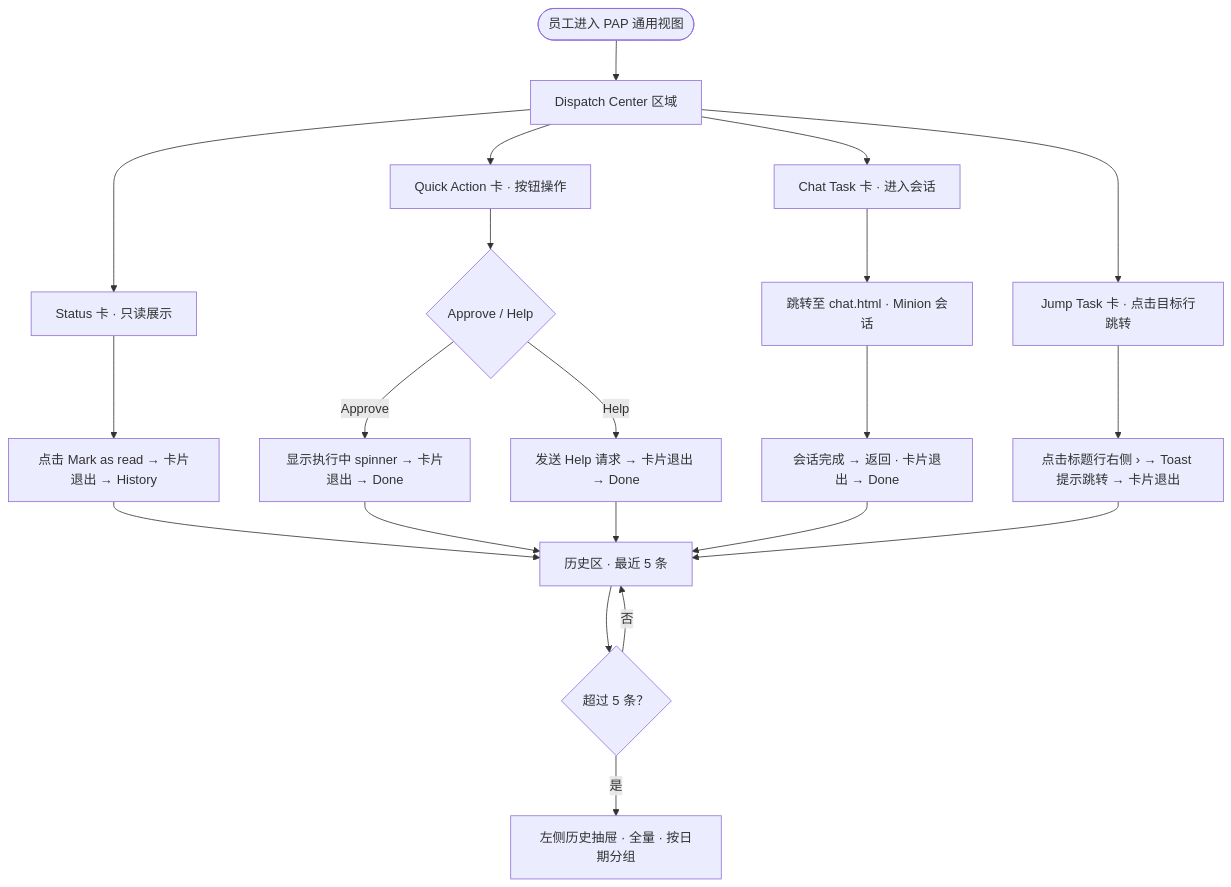
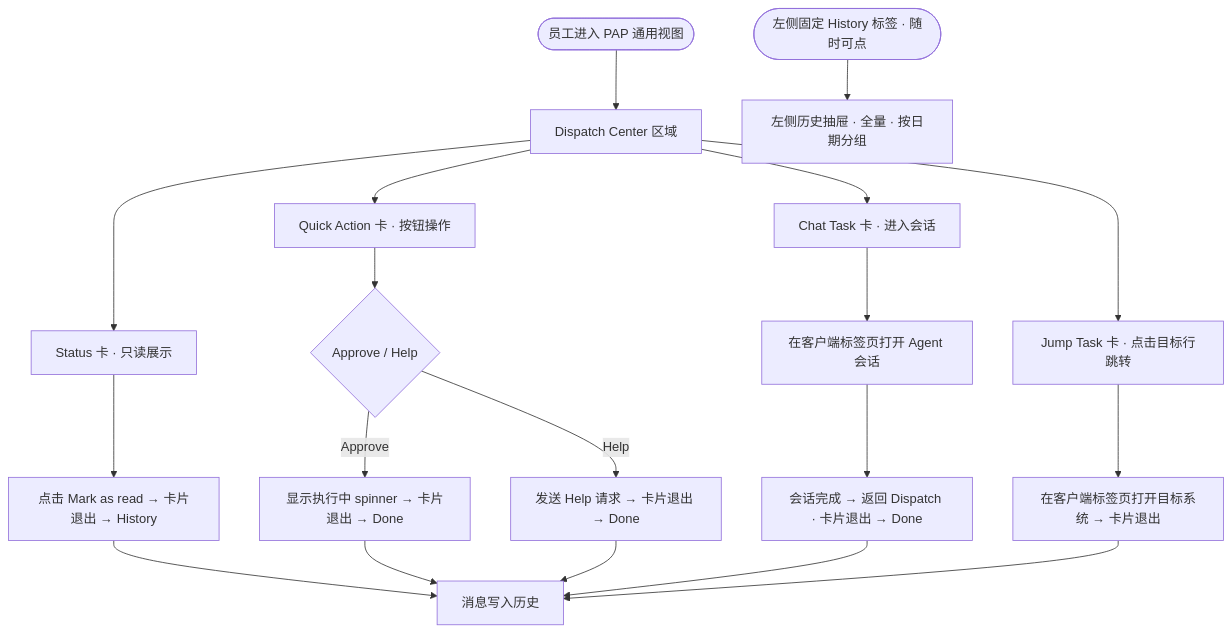
The first of 2 diagrams in D系统3.0相关文档（PAP）/D员工任务管理-Dispatch Center.md (PerfectKO-wb/Doraemon-prototype), drawn with Mermaid before and after one commit. The commit also changed other lines of this file and 25 other files, not shown here.

````diff
--- a/D系统3.0相关文档（PAP）/D员工任务管理-Dispatch Center.md
+++ b/D系统3.0相关文档（PAP）/D员工任务管理-Dispatch Center.md
@@ -43,25 +47,24 @@
 ```mermaid
 flowchart TD
     Enter([员工进入 PAP 通用视图]) --> DC[Dispatch Center 区域]
     DC --> TypeA[Status 卡 · 只读展示]
     DC --> TypeBQ[Quick Action 卡 · 按钮操作]
-    DC --> TypeBC[Chat Task 卡 · 进入会话]
-    DC --> TypeC[Jump Task 卡 · 点击目标行跳转]
+    DC --> TypeC[Chat Task 卡 · 进入会话]
+    DC --> TypeD[Jump Task 卡 · 点击目标行跳转]
 
     TypeA --> ARead[点击 Mark as read → 卡片退出 → History]
     TypeBQ --> BQAction{Approve / Help}
     BQAction -->|Approve| BQApprove[显示执行中 spinner → 卡片退出 → Done]
     BQAction -->|Help| BQHelp[发送 Help 请求 → 卡片退出 → Done]
-    TypeBC --> BCChat[跳转至 chat.html · Minion 会话]
-    BCChat --> BCDone[会话完成 → 返回 · 卡片退出 → Done]
-    TypeC --> CJump[点击标题行右侧 › → Toast 提示跳转 → 卡片退出]
+    TypeC --> CCChat[在客户端标签页打开 Agent 会话]
+    CCChat --> CCDone[会话完成 → 返回 Dispatch · 卡片退出 → Done]
+    TypeD --> DJump[在客户端标签页打开目标系统 → 卡片退出]
 
-    ARead --> History[历史区 · 最近 5 条]
+    ARead --> History[消息写入历史]
     BQApprove --> History
     BQHelp --> History
-    BCDone --> History
-    CJump --> History
-    History --> Overflow{超过 5 条？}
-    Overflow -->|是| Drawer[左侧历史抽屉 · 全量 · 按日期分组]
-    Overflow -->|否| History
+    CCDone --> History
+    DJump --> History
+
+    HistTab([左侧固定 History 标签 · 随时可点]) --> Drawer[左侧历史抽屉 · 全量 · 按日期分组]
 ```
````
